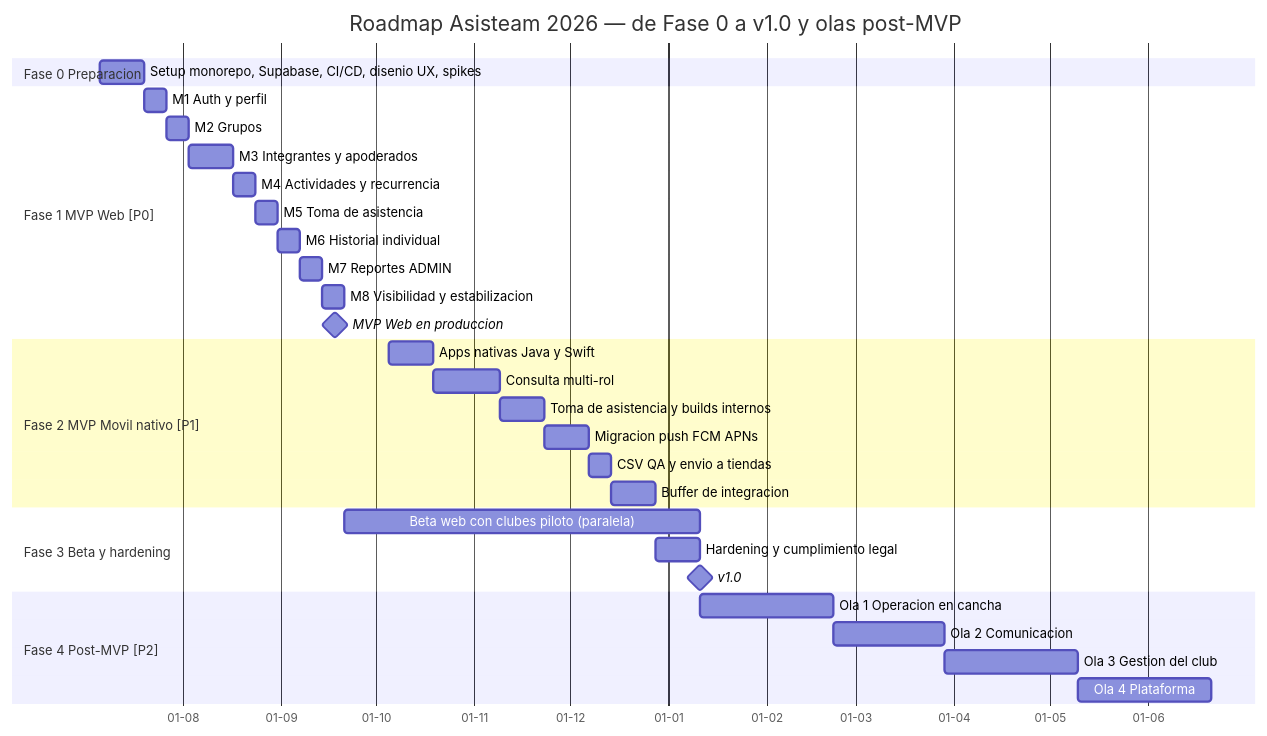
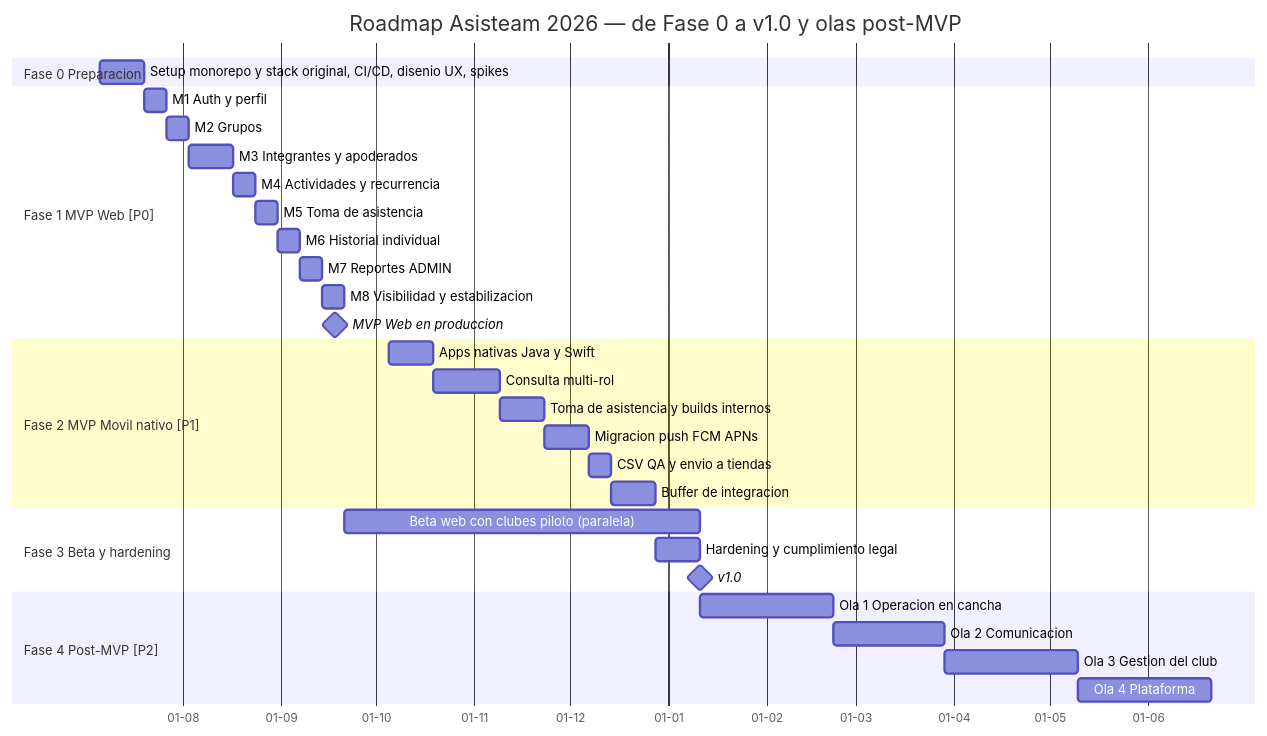
The diagram in docs/09-roadmap.md (AlexxSome/asisteam), drawn with Mermaid before and after one commit. The commit also changed other lines of this file and 311 other files, not shown here.

````diff
--- a/docs/09-roadmap.md
+++ b/docs/09-roadmap.md
@@ -162,34 +161,34 @@
 ```mermaid
 gantt
     title Roadmap Asisteam 2026 — de Fase 0 a v1.0 y olas post-MVP
     dateFormat YYYY-MM-DD
     axisFormat %d-%m
     section Fase 0 Preparacion
-    Setup monorepo, Supabase, CI/CD, disenio UX, spikes :f0, 2026-07-06, 2w
+    Setup monorepo y stack original, CI/CD, disenio UX, spikes :f0, 2026-07-06, 2w
     section Fase 1 MVP Web [P0]
     M1 Auth y perfil            :f1a, 2026-07-20, 1w
     M2 Grupos                   :f1b, after f1a, 1w
     M3 Integrantes y apoderados :f1c, after f1b, 2w
     M4 Actividades y recurrencia :f1d, after f1c, 1w
     M5 Toma de asistencia       :f1e, after f1d, 1w
     M6 Historial individual     :f1f, after f1e, 1w
     M7 Reportes ADMIN           :f1g, after f1f, 1w
     M8 Visibilidad y estabilizacion :f1h, after f1g, 1w
     MVP Web en produccion       :milestone, mw, 2026-09-18, 0d
     section Fase 2 MVP Movil nativo [P1]
     Apps nativas Java y Swift   :f2a, 2026-10-05, 2w
     Consulta multi-rol          :f2b, after f2a, 3w
     Toma de asistencia y builds internos :f2c, after f2b, 2w
     Migracion push FCM APNs     :f2d, after f2c, 2w
     CSV QA y envio a tiendas    :f2e, after f2d, 1w
     Buffer de integracion       :f2buf, after f2e, 2w
     section Fase 3 Beta y hardening
     Beta web con clubes piloto (paralela) :f3a, 2026-09-21, 16w
     Hardening y cumplimiento legal :f3b, after f2buf, 2w
     v1.0                        :milestone, v10, after f3b, 0d
     section Fase 4 Post-MVP [P2]
     Ola 1 Operacion en cancha   :f4a, after f3b, 6w
     Ola 2 Comunicacion          :f4b, after f4a, 5w
     Ola 3 Gestion del club      :f4c, after f4b, 6w
     Ola 4 Plataforma            :f4d, after f4c, 6w
 ```
````
